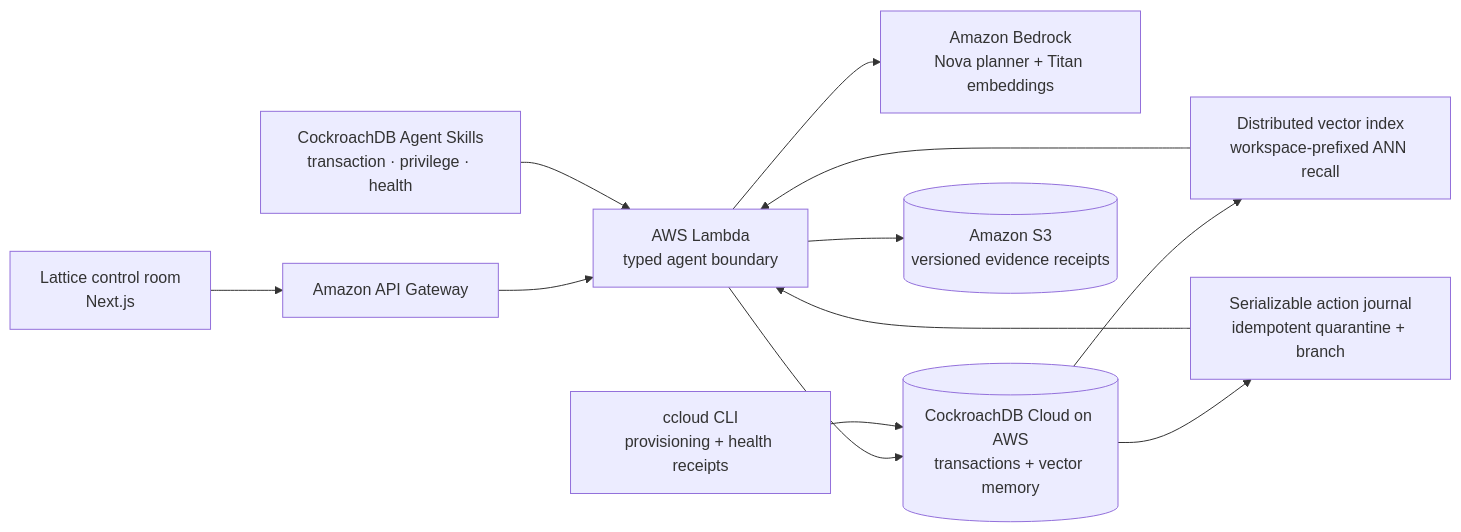
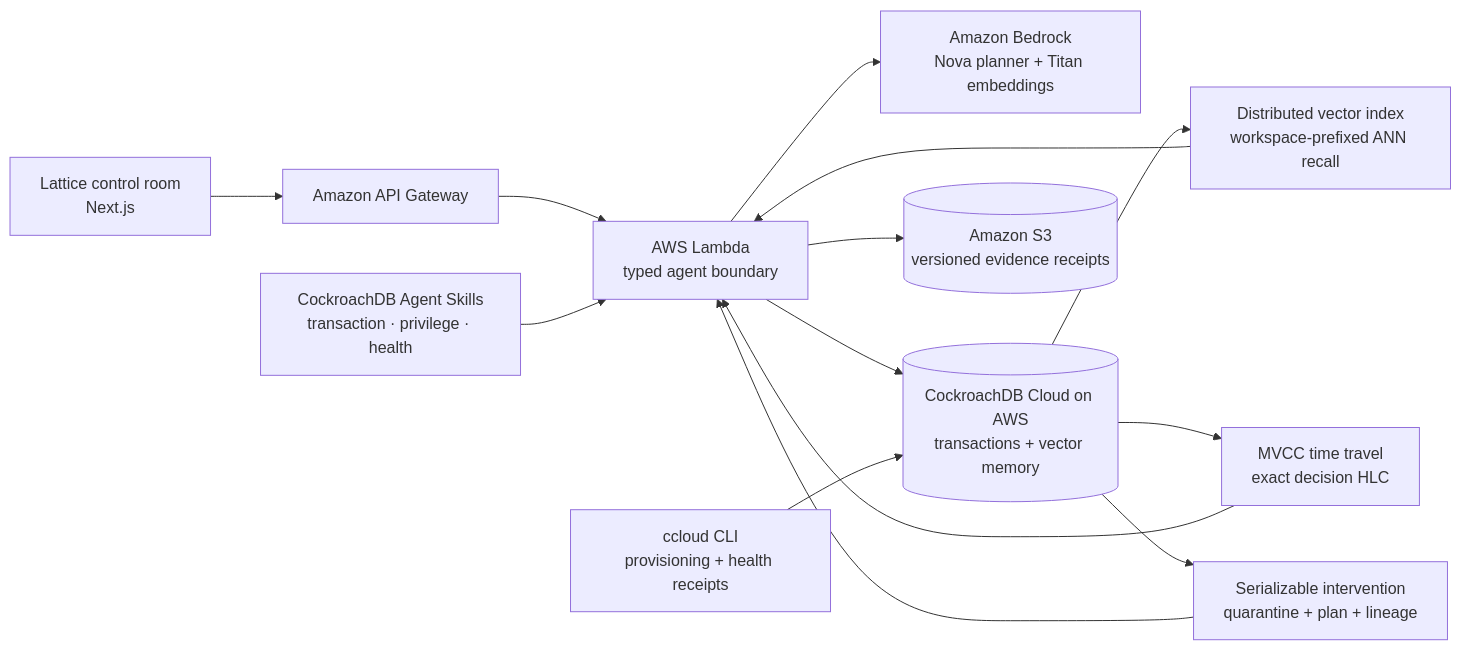
One commit to AdarshSingh-ASR/Lattice changed the diagram in docs/architecture.mmd. Above: the diagram before and after it, drawn with Mermaid. The commit also changed 17 other files, not shown here.

```diff
--- a/docs/architecture.mmd
+++ b/docs/architecture.mmd
@@ -1,14 +1,16 @@
 flowchart LR
     UI["Lattice control room<br/>Next.js"] --> API["Amazon API Gateway"]
     API --> AGENT["AWS Lambda<br/>typed agent boundary"]
     AGENT --> BEDROCK["Amazon Bedrock<br/>Nova planner + Titan embeddings"]
     AGENT --> CRDB[("CockroachDB Cloud on AWS<br/>transactions + vector memory")]
     AGENT --> S3[("Amazon S3<br/>versioned evidence receipts")]
 
     SKILLS["CockroachDB Agent Skills<br/>transaction · privilege · health"] --> AGENT
     CCLOUD["ccloud CLI<br/>provisioning + health receipts"] --> CRDB
 
     CRDB --> VECTOR["Distributed vector index<br/>workspace-prefixed ANN recall"]
-    CRDB --> JOURNAL["Serializable action journal<br/>idempotent quarantine + branch"]
+    CRDB --> TEMPORAL["MVCC time travel<br/>exact decision HLC"]
+    CRDB --> JOURNAL["Serializable intervention<br/>quarantine + plan + lineage"]
     VECTOR --> AGENT
+    TEMPORAL --> AGENT
     JOURNAL --> AGENT
```
